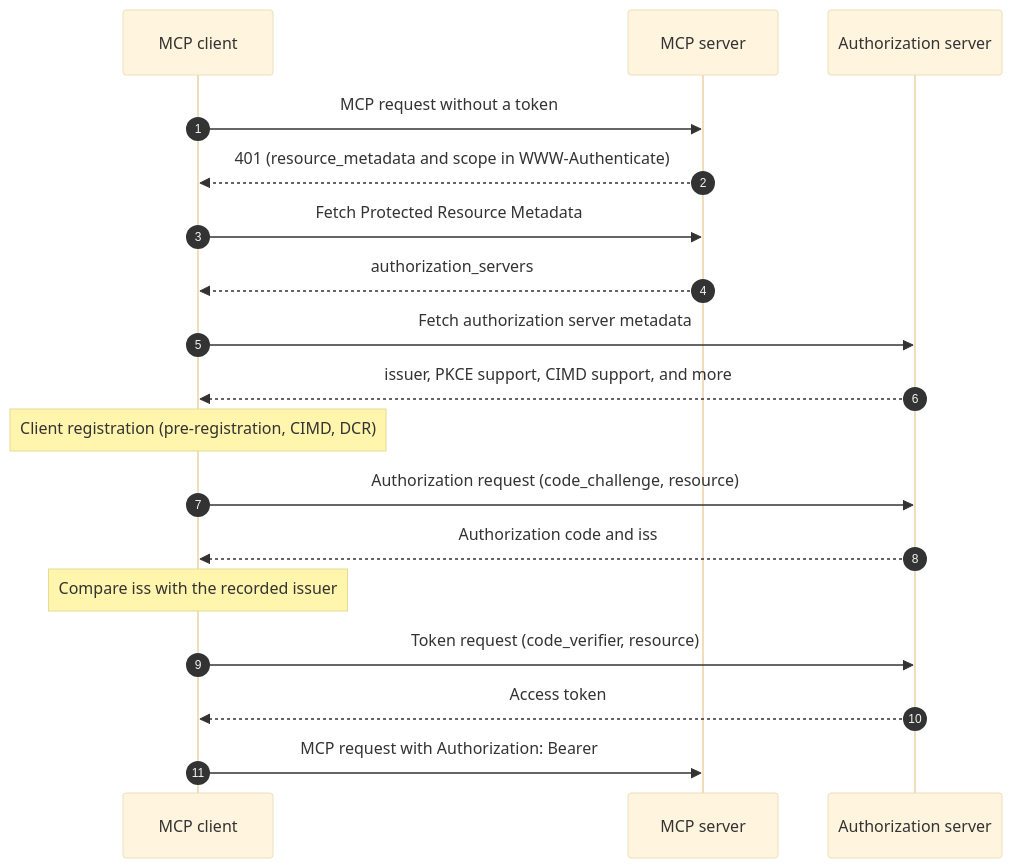
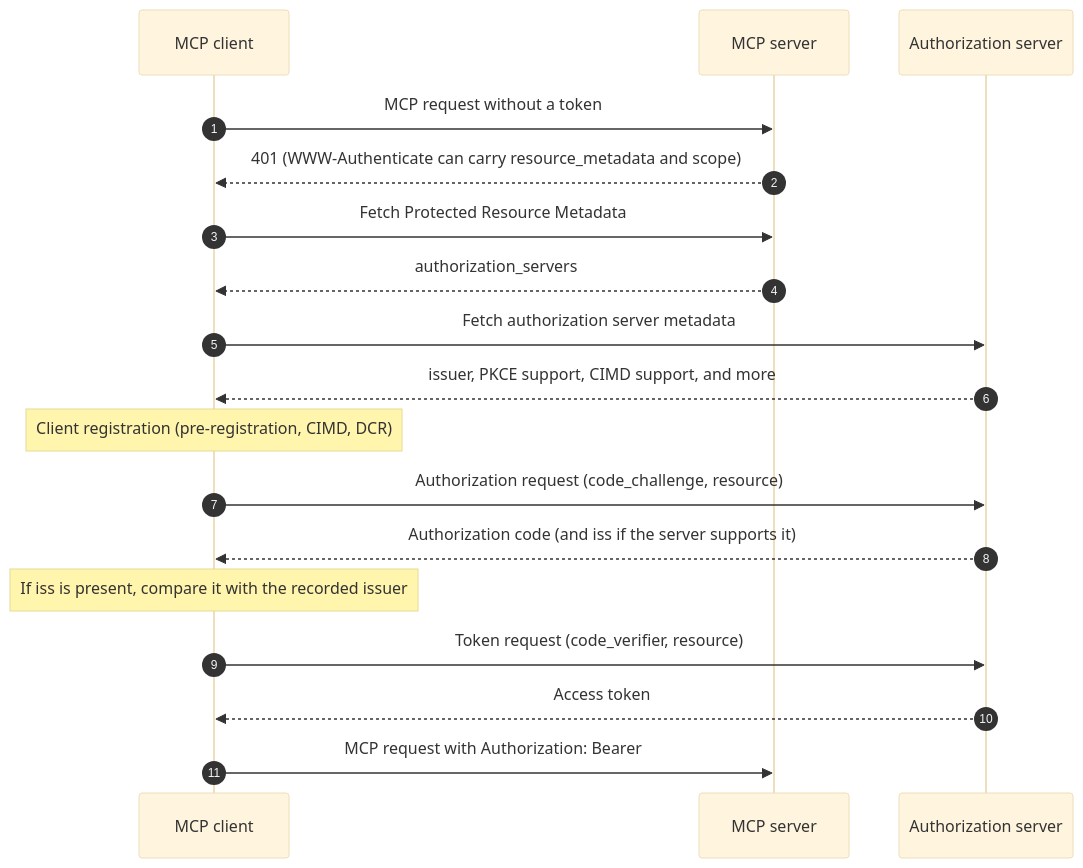
One commit to bmf-san/bmf-tech changed the third of 3 diagrams in content/en/posts/mcp-authorization-design.md. Above: the diagram before and after it, drawn with Mermaid (base theme). The commit also changed other lines of this file and 1 other file, not shown here.

Commit message:
fix: MCP の認可設計の記事の認可フローの図で任意の要素を誤解されない書き方にする
- 401 の WWW-Authenticate に resource_metadata と scope を「含められる」とした（scope は SHOULD、resource_metadata は発見の方式の一方）
- 認可応答の iss は認可サーバーが対応していれば含まれる（SHOULD）ので、照合も iss がある場合とした
- OAuth 2.1 が IETF で策定中の Draft であることを補った

````diff
--- a/content/en/posts/mcp-authorization-design.md
+++ b/content/en/posts/mcp-authorization-design.md
@@ -249,21 +249,21 @@
 ```mermaid
 sequenceDiagram
     autonumber
     participant C as MCP client
     participant M as MCP server
     participant A as Authorization server
 
     C->>M: MCP request without a token
-    M-->>C: 401 (resource_metadata and scope in WWW-Authenticate)
+    M-->>C: 401 (WWW-Authenticate can carry resource_metadata and scope)
     C->>M: Fetch Protected Resource Metadata
     M-->>C: authorization_servers
     C->>A: Fetch authorization server metadata
     A-->>C: issuer, PKCE support, CIMD support, and more
     Note over C: Client registration (pre-registration, CIMD, DCR)
     C->>A: Authorization request (code_challenge, resource)
-    A-->>C: Authorization code and iss
-    Note over C: Compare iss with the recorded issuer
+    A-->>C: Authorization code (and iss if the server supports it)
+    Note over C: If iss is present, compare it with the recorded issuer
     C->>A: Token request (code_verifier, resource)
     A-->>C: Access token
     C->>M: MCP request with Authorization: Bearer
 ```
````
